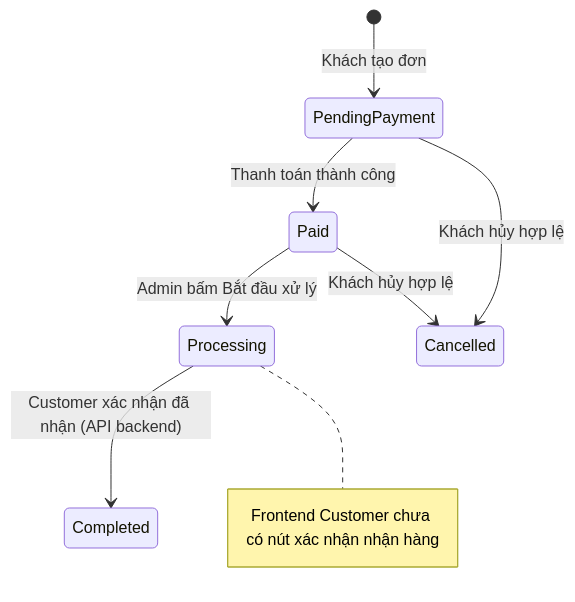
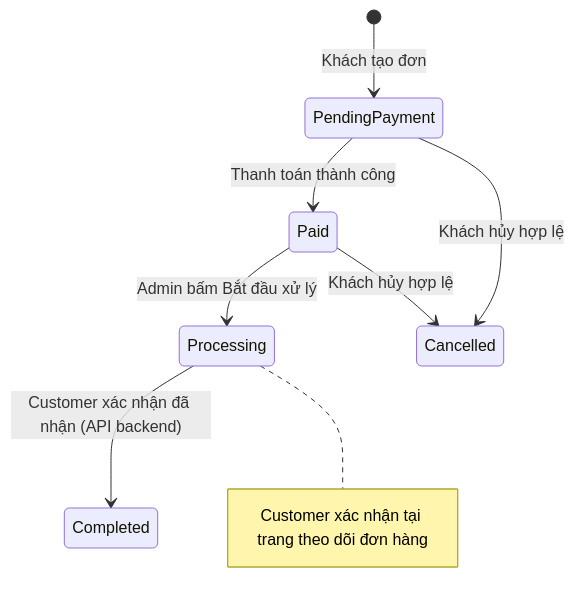
One commit to vuminhson87/multi-warehouse-e-commerce-inventory-control-system changed the diagram in docs/admin-order-processing.md. Above: the diagram before and after it, drawn with Mermaid. The commit also changed other lines of this file and 3 other files, not shown here.

````diff
--- a/docs/admin-order-processing.md
+++ b/docs/admin-order-processing.md
@@ -9,10 +9,10 @@
 ```mermaid
 stateDiagram-v2
     [*] --> PendingPayment: Khách tạo đơn
     PendingPayment --> Paid: Thanh toán thành công
     Paid --> Processing: Admin bấm Bắt đầu xử lý
     Processing --> Completed: Customer xác nhận đã nhận (API backend)
     PendingPayment --> Cancelled: Khách hủy hợp lệ
     Paid --> Cancelled: Khách hủy hợp lệ
-    note right of Processing: Frontend Customer chưa có nút xác nhận nhận hàng
+    note right of Processing: Customer xác nhận tại trang theo dõi đơn hàng
 ```
````
